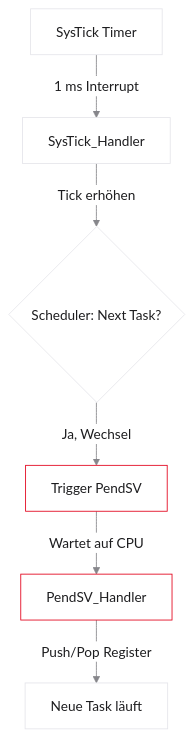
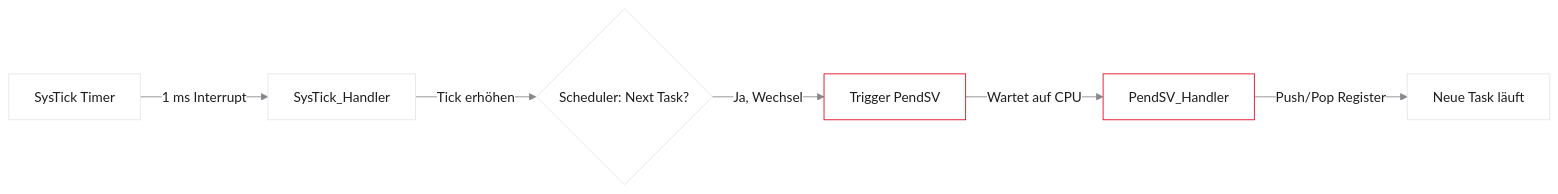
The fifth of 5 diagrams in vorlesungen/02_scheduling-theorie.qmd (dantschi/echtzeitsysteme), drawn with Mermaid before and after one commit. The commit also changed other lines of this file and 19 other files, not shown here.

````diff
--- a/vorlesungen/02_scheduling-theorie.qmd
+++ b/vorlesungen/02_scheduling-theorie.qmd
@@ -896,12 +896,12 @@
 ```{mermaid}
 %%| fig-width: 7
 %%{init: {'theme': 'base', 'themeVariables': {'background': '#FFFFFF', 'primaryColor': '#FFFFFF', 'primaryBorderColor': '#E5E5EA', 'primaryTextColor': '#1D1D1F', 'lineColor': '#86868B', 'secondaryColor': '#F5F5F7', 'tertiaryColor': '#FFFFFF', 'mainBkg': '#FFFFFF', 'nodeBorder': '#E5E5EA', 'clusterBkg': '#F5F5F7', 'clusterBorder': '#E5E5EA', 'titleColor': '#1D1D1F', 'edgeLabelBackground': '#FFFFFF'}}}%%
-flowchart TD
+flowchart LR
     A[SysTick Timer] -->|1 ms Interrupt| B[SysTick_Handler]
     B -->|Tick erhöhen| C{Scheduler: Next Task?}
     C -->|Ja, Wechsel| D[Trigger PendSV]
     D -->|Wartet auf CPU| E[PendSV_Handler]
     E -->|Push/Pop Register| F[Neue Task läuft]
     style D fill:#FFFFFF,stroke:#E2001A,stroke-width:2px !important
     style E fill:#FFFFFF,stroke:#E2001A,stroke-width:2px !important
 ```
````
